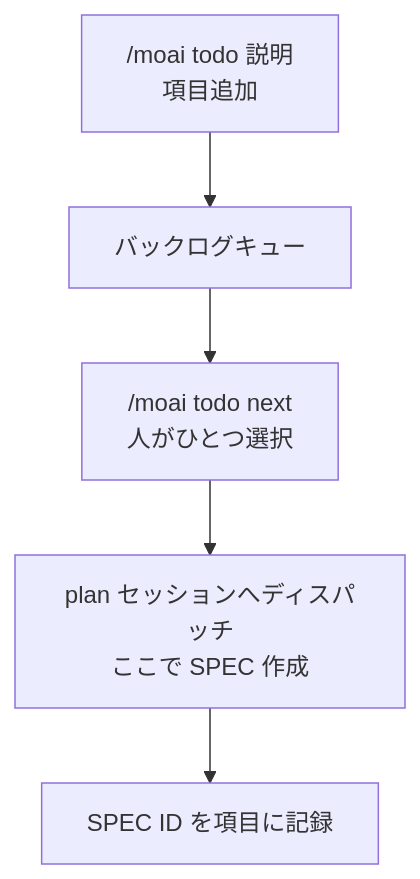
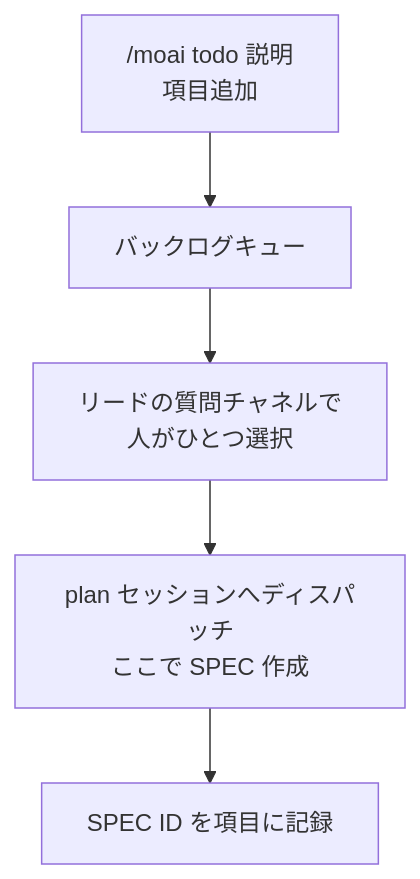
The diagram in docs-site/content/ja/utility-commands/moai-todo.md (modu-ai/moai-adk), drawn with Mermaid before and after one commit. The commit also changed other lines of this file and 8 other files, not shown here.

````diff
--- a/docs-site/content/ja/utility-commands/moai-todo.md
+++ b/docs-site/content/ja/utility-commands/moai-todo.md
@@ -27,7 +27,7 @@
 ```mermaid
 flowchart TD
     Add["/moai todo 説明<br/>項目追加"] --> Queue["バックログキュー"]
-    Queue --> Pick["/moai todo next<br/>人がひとつ選択"]
+    Queue --> Pick["リードの質問チャネルで<br/>人がひとつ選択"]
     Pick --> Plan["plan セッションへディスパッチ<br/>ここで SPEC 作成"]
     Plan --> Spec["SPEC ID を項目に記録"]
 ```
````
